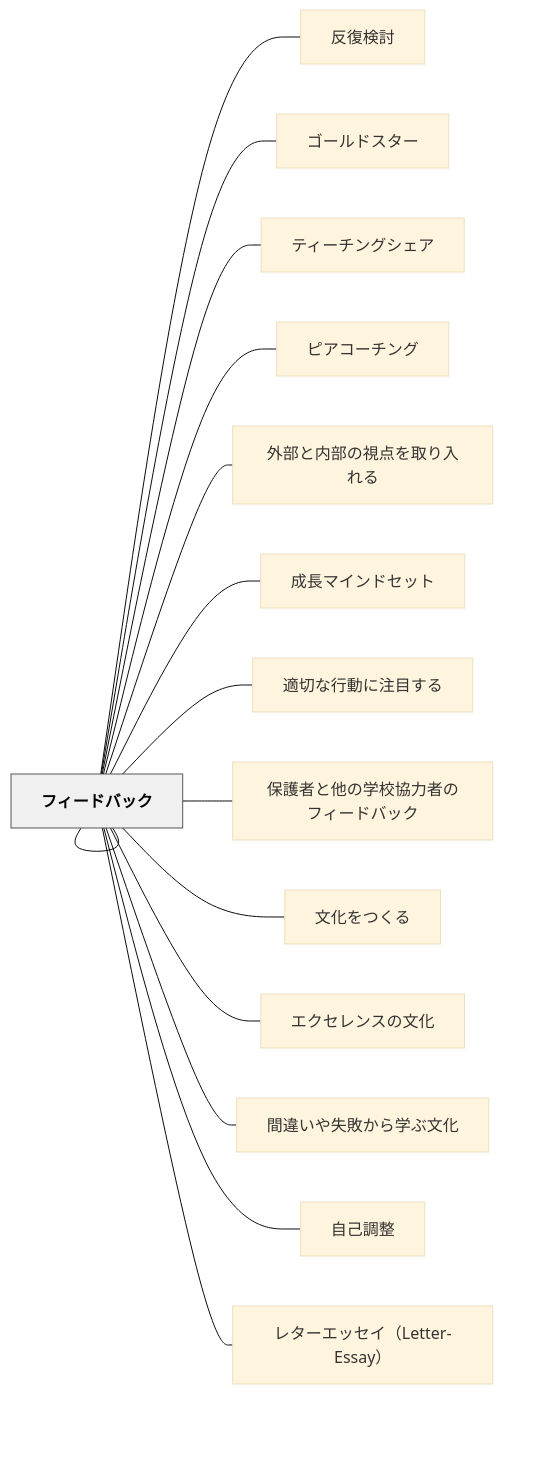
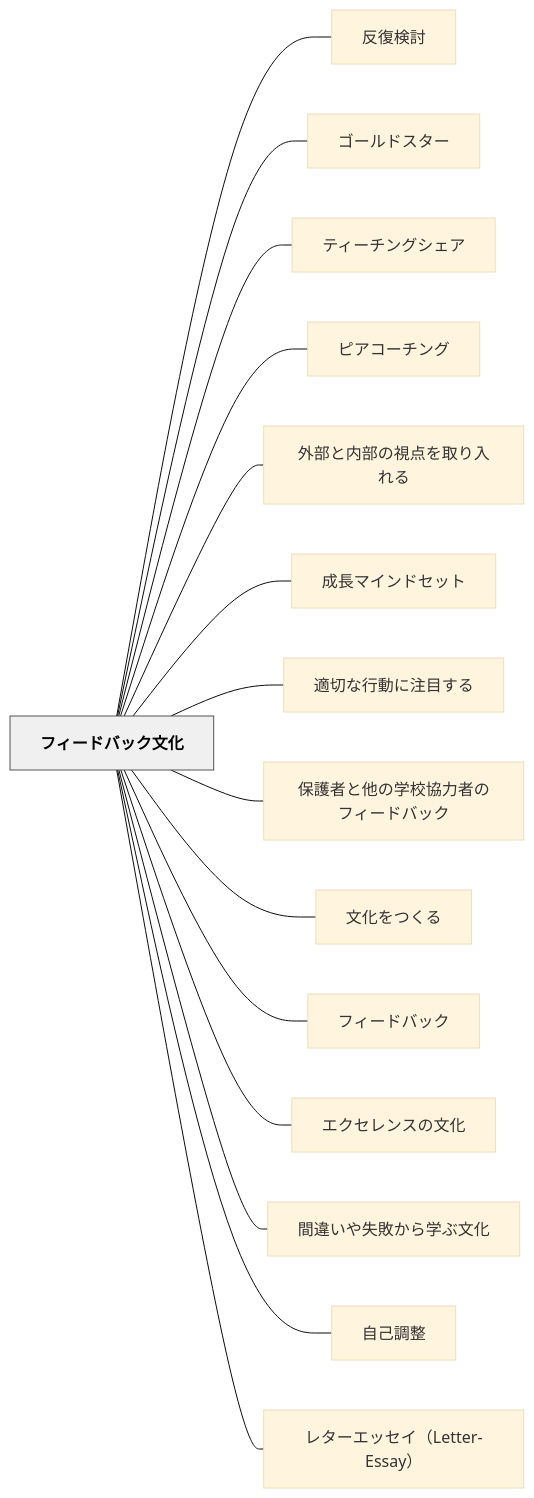
One commit to unknownthings-ed-patterns/unknownthings-ed-patterns changed the diagram in content/パタン/フィードバック文化.md. Above: the diagram before and after it, drawn with Mermaid (base theme). The commit also changed 527 other files, not shown here.

````diff
--- a/content/パタン/フィードバック文化.md
+++ b/content/パタン/フィードバック文化.md
@@ -66,36 +66,36 @@
 ```mermaid
 flowchart LR
-    ne38395e382a3["フィードバック文化"]
-    ne58f8de5bea9["反復検討"]
-    ne382b4e383bc["ゴールドスター"]
-    ne38386e382a3["ティーチングシェア"]
-    ne38394e382a2["ピアコーチング"]
-    ne5a496e983a8["外部と内部の視点を取り入れる"]
-    ne68890e995b7["成長マインドセット"]
-    ne981a9e58887["適切な行動に注目する"]
-    ne4bf9de8adb7["保護者と他の学校協力者のフィードバック"]
-    ne69687e58c96["文化をつくる"]
-    ne38395e382a3["フィードバック"]
-    ne382a8e382af["エクセレンスの文化"]
-    ne99693e98195["間違いや失敗から学ぶ文化"]
-    ne887aae5b7b1["自己調整"]
-    ne383ace382bf["レターエッセイ（Letter-Essay）"]
+    ne38395e382a3e383bce38389e38390e38383e382afe69687e58c96["フィードバック文化"]
+    ne58f8de5bea9e6a49ce8a88e["反復検討"]
+    ne382b4e383bce383abe38389e382b9e382bfe383bc["ゴールドスター"]
+    ne38386e382a3e383bce38381e383b3e382b0e382b7e382a7e382a2["ティーチングシェア"]
+    ne38394e382a2e382b3e383bce38381e383b3e382b0["ピアコーチング"]
+    ne5a496e983a8e381a8e58685e983a8e381aee8a696e782b9e38292e58f96e3828ae585a5e3828ce3828b["外部と内部の視点を取り入れる"]
+    ne68890e995b7e3839ee382a4e383b3e38389e382bbe38383e38388["成長マインドセット"]
+    ne981a9e58887e381aae8a18ce58b95e381abe6b3a8e79baee38199e3828b["適切な行動に注目する"]
+    ne4bf9de8adb7e88085e381a8e4bb96e381aee5ada6e6a0a1e58d94e58a9be88085e381aee38395e382a3e383bce38389e38390e38383e382af["保護者と他の学校協力者のフィードバック"]
+    ne69687e58c96e38292e381a4e3818fe3828b["文化をつくる"]
+    ne38395e382a3e383bce38389e38390e38383e382af["フィードバック"]
+    ne382a8e382afe382bbe383ace383b3e382b9e381aee69687e58c96["エクセレンスの文化"]
+    ne99693e98195e38184e38284e5a4b1e69597e3818be38289e5ada6e381b6e69687e58c96["間違いや失敗から学ぶ文化"]
+    ne887aae5b7b1e8aabfe695b4["自己調整"]
+    ne383ace382bfe383bce382a8e38383e382bbe382a4efbc884c65747465722d4573736179efbc89["レターエッセイ（Letter-Essay）"]
 
-    ne38395e382a3 --- ne58f8de5bea9
-    ne38395e382a3 --- ne382b4e383bc
-    ne38395e382a3 --- ne38386e382a3
-    ne38395e382a3 --- ne38394e382a2
-    ne38395e382a3 --- ne5a496e983a8
-    ne38395e382a3 --- ne68890e995b7
-    ne38395e382a3 --- ne981a9e58887
-    ne38395e382a3 --- ne4bf9de8adb7
-    ne38395e382a3 --- ne69687e58c96
-    ne38395e382a3 --- ne38395e382a3
-    ne38395e382a3 --- ne382a8e382af
-    ne38395e382a3 --- ne99693e98195
-    ne38395e382a3 --- ne887aae5b7b1
-    ne38395e382a3 --- ne383ace382bf
+    ne38395e382a3e383bce38389e38390e38383e382afe69687e58c96 --- ne58f8de5bea9e6a49ce8a88e
+    ne38395e382a3e383bce38389e38390e38383e382afe69687e58c96 --- ne382b4e383bce383abe38389e382b9e382bfe383bc
+    ne38395e382a3e383bce38389e38390e38383e382afe69687e58c96 --- ne38386e382a3e383bce38381e383b3e382b0e382b7e382a7e382a2
+    ne38395e382a3e383bce38389e38390e38383e382afe69687e58c96 --- ne38394e382a2e382b3e383bce38381e383b3e382b0
+    ne38395e382a3e383bce38389e38390e38383e382afe69687e58c96 --- ne5a496e983a8e381a8e58685e983a8e381aee8a696e782b9e38292e58f96e3828ae585a5e3828ce3828b
+    ne38395e382a3e383bce38389e38390e38383e382afe69687e58c96 --- ne68890e995b7e3839ee382a4e383b3e38389e382bbe38383e38388
+    ne38395e382a3e383bce38389e38390e38383e382afe69687e58c96 --- ne981a9e58887e381aae8a18ce58b95e381abe6b3a8e79baee38199e3828b
+    ne38395e382a3e383bce38389e38390e38383e382afe69687e58c96 --- ne4bf9de8adb7e88085e381a8e4bb96e381aee5ada6e6a0a1e58d94e58a9be88085e381aee38395e382a3e383bce38389e38390e38383e382af
+    ne38395e382a3e383bce38389e38390e38383e382afe69687e58c96 --- ne69687e58c96e38292e381a4e3818fe3828b
+    ne38395e382a3e383bce38389e38390e38383e382afe69687e58c96 --- ne38395e382a3e383bce38389e38390e38383e382af
+    ne38395e382a3e383bce38389e38390e38383e382afe69687e58c96 --- ne382a8e382afe382bbe383ace383b3e382b9e381aee69687e58c96
+    ne38395e382a3e383bce38389e38390e38383e382afe69687e58c96 --- ne99693e98195e38184e38284e5a4b1e69597e3818be38289e5ada6e381b6e69687e58c96
+    ne38395e382a3e383bce38389e38390e38383e382afe69687e58c96 --- ne887aae5b7b1e8aabfe695b4
+    ne38395e382a3e383bce38389e38390e38383e382afe69687e58c96 --- ne383ace382bfe383bce382a8e38383e382bbe382a4efbc884c65747465722d4573736179efbc89
 
     classDef hub fill:#f0f0f0,stroke:#555,color:#000,font-weight:bold
-    class ne38395e382a3 hub
+    class ne38395e382a3e383bce38389e38390e38383e382afe69687e58c96 hub
 ```
````
